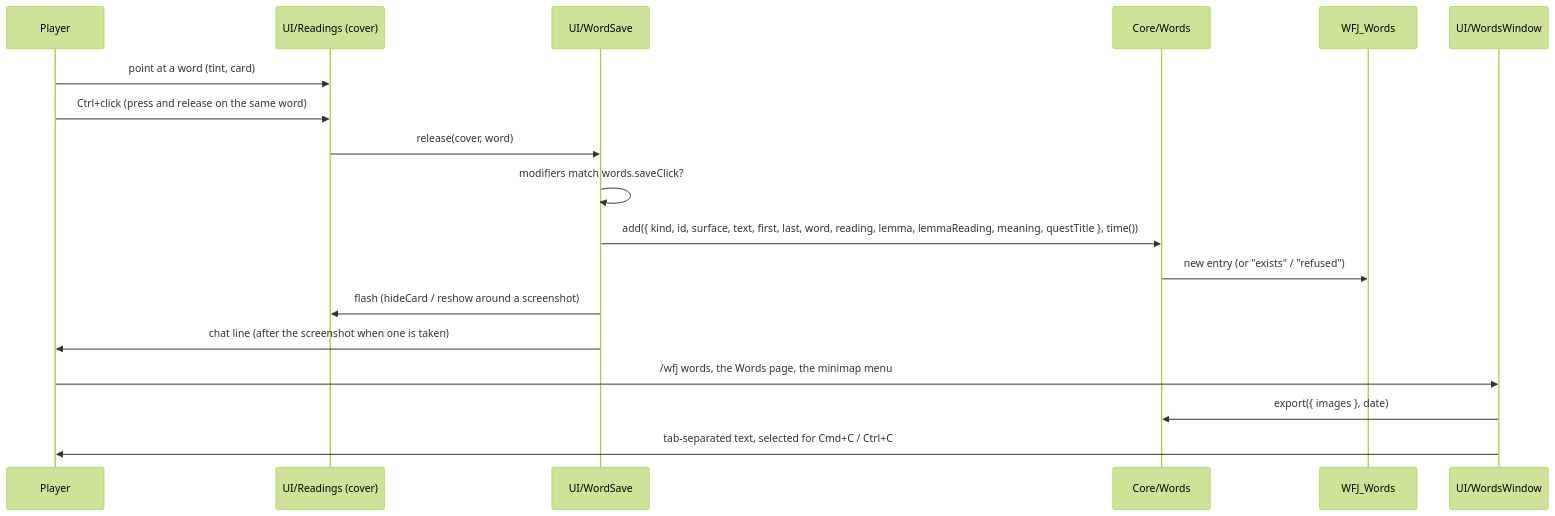
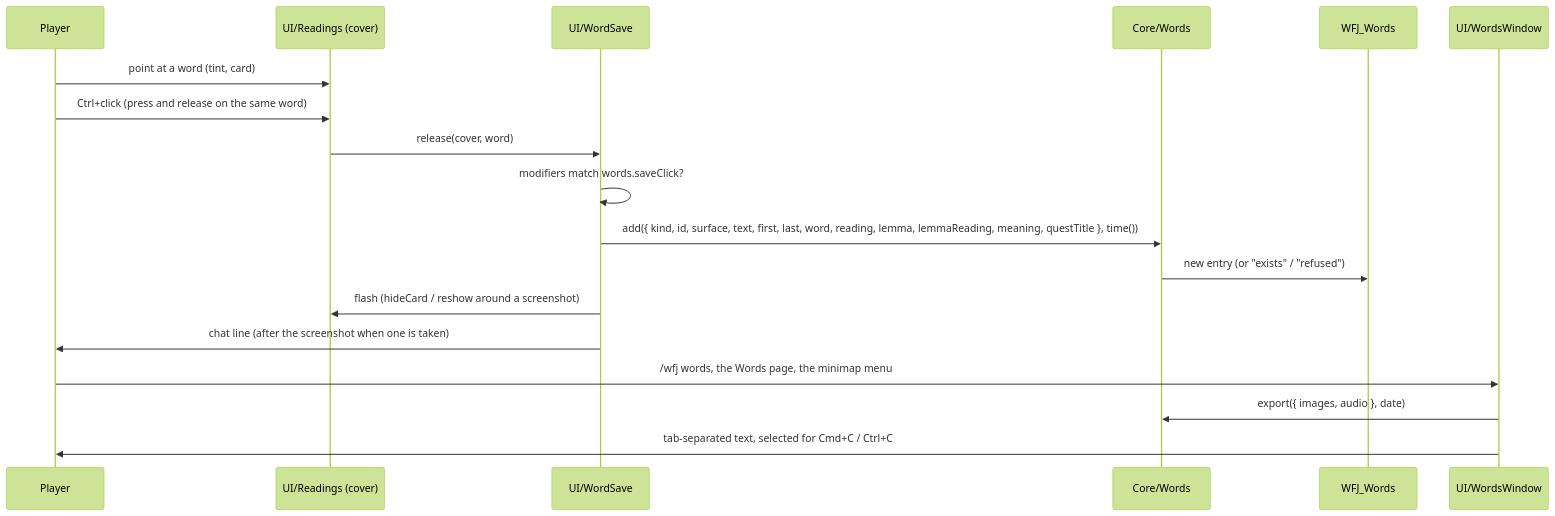
Before and after one commit to zyaga/wow-forever-japanese: the diagram in docs/systems/word-list.md, drawn with Mermaid (forest theme). The commit also changed other lines of this file and 13 other files, not shown here.

Commit message:
Describe the study card's sentence voice and the Anki audio export

````diff
--- a/docs/systems/word-list.md
+++ b/docs/systems/word-list.md
@@ -9,20 +9,20 @@
 ```mermaid
 sequenceDiagram
   participant U as Player
   participant V as UI/Readings (cover)
   participant SV as UI/WordSave
   participant W as Core/Words
   participant S as WFJ_Words
   participant X as UI/WordsWindow
   U->>V: point at a word (tint, card)
   U->>V: Ctrl+click (press and release on the same word)
   V->>SV: release(cover, word)
   SV->>SV: modifiers match words.saveClick?
   SV->>W: add({ kind, id, surface, text, first, last, word, reading, lemma, lemmaReading, meaning, questTitle }, time())
   W->>S: new entry (or "exists" / "refused")
   SV->>V: flash (hideCard / reshow around a screenshot)
   SV->>U: chat line (after the screenshot when one is taken)
   U->>X: /wfj words, the Words page, the minimap menu
-  X->>W: export({ images }, date)
+  X->>W: export({ images, audio }, date)
   X->>U: tab-separated text, selected for Cmd+C / Ctrl+C
 ```
````
